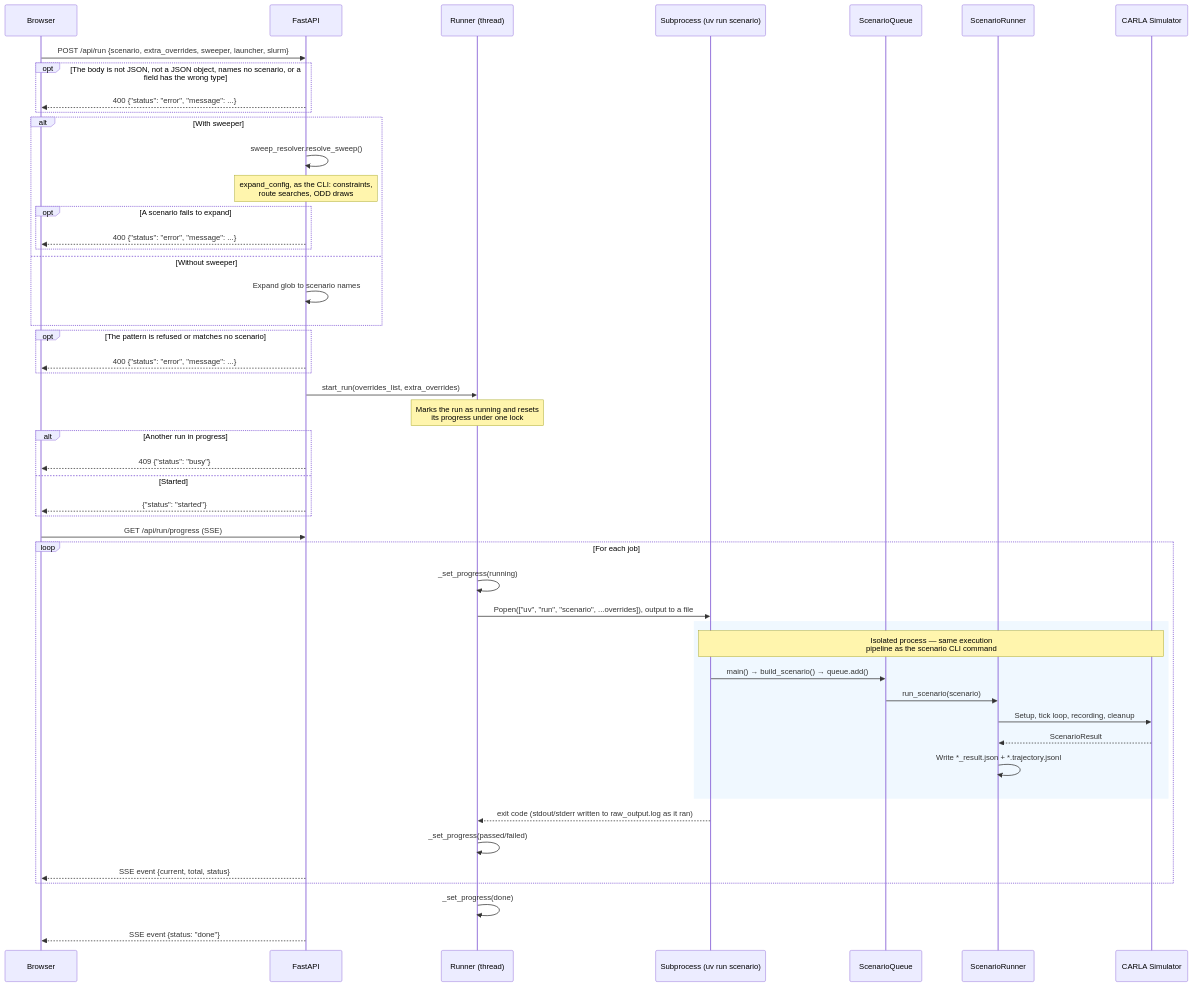
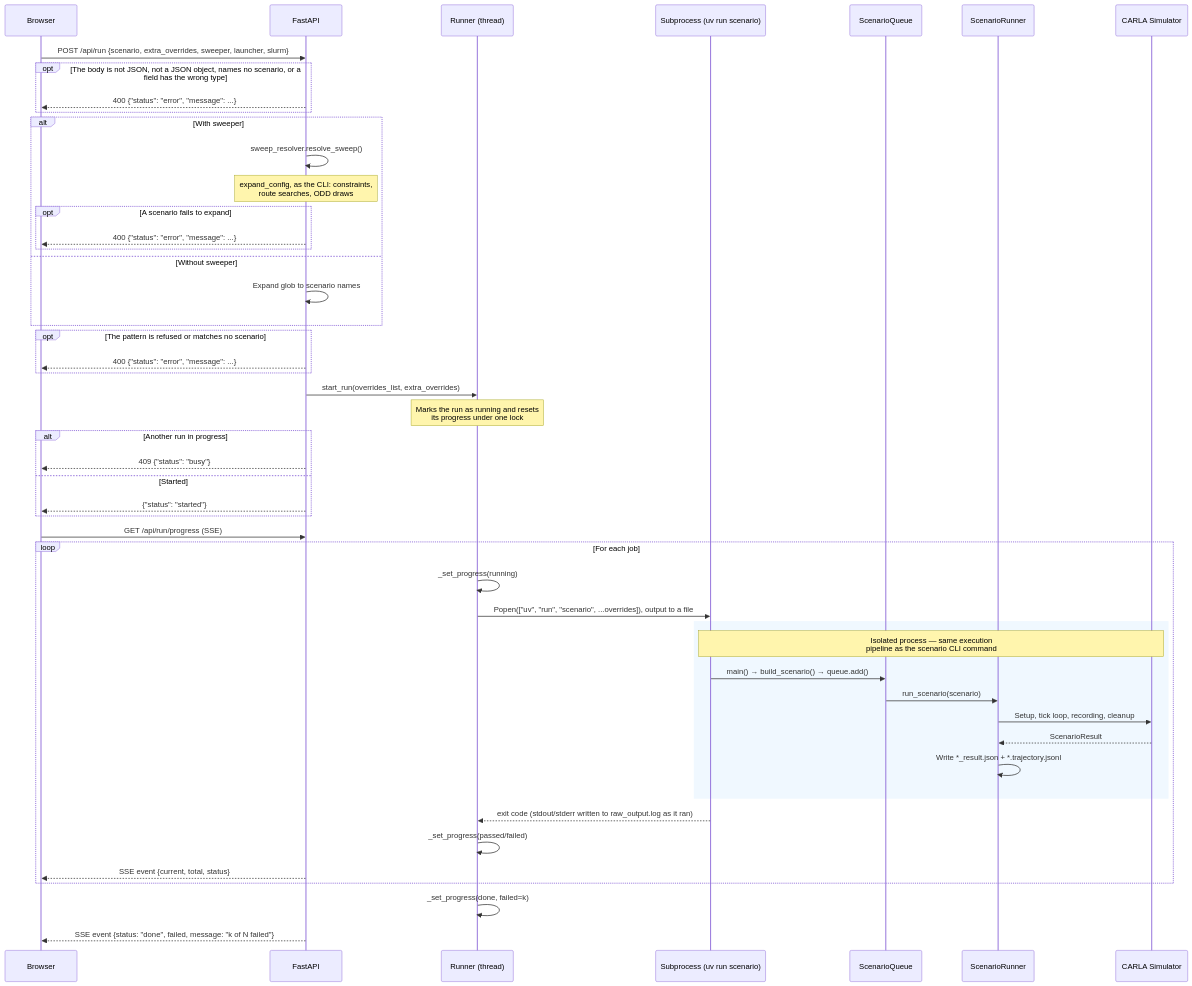
One commit to autowarefoundation/autoware_carla_scenario changed the ninth of 13 diagrams in autoware_carla_scenario/docs/architecture.md. Above: the diagram before and after it, drawn with Mermaid. The commit also changed other lines of this file and 14 other files, not shown here.

First line of the commit message:
fix(ui): a Re-run shows its new result; override lines starting with - refused; done reports failed jobs (#2440)

````diff
--- a/autoware_carla_scenario/docs/architecture.md
+++ b/autoware_carla_scenario/docs/architecture.md
@@ -1148,59 +1148,59 @@
 ```mermaid
 sequenceDiagram
     participant B as Browser
     participant A as FastAPI
     participant R as Runner (thread)
     participant S as Subprocess (uv run scenario)
     participant SQ as ScenarioQueue
     participant SR as ScenarioRunner
     participant C as CARLA Simulator
 
     B->>A: POST /api/run {scenario, extra_overrides, sweeper, launcher, slurm}
     opt The body is not JSON, not a JSON object, names no scenario, or a field has the wrong type
         A-->>B: 400 {"status": "error", "message": ...}
     end
 
     alt With sweeper
         A->>A: sweep_resolver.resolve_sweep()
         Note over A: expand_config, as the CLI: constraints,<br/>route searches, ODD draws
         opt A scenario fails to expand
             A-->>B: 400 {"status": "error", "message": ...}
         end
     else Without sweeper
         A->>A: Expand glob to scenario names
     end
     opt The pattern is refused or matches no scenario
         A-->>B: 400 {"status": "error", "message": ...}
     end
 
     A->>R: start_run(overrides_list, extra_overrides)
     Note over R: Marks the run as running and resets<br/>its progress under one lock
     alt Another run in progress
         A-->>B: 409 {"status": "busy"}
     else Started
         A-->>B: {"status": "started"}
     end
 
     B->>A: GET /api/run/progress (SSE)
 
     loop For each job
         R->>R: _set_progress(running)
         R->>S: Popen(["uv", "run", "scenario", ...overrides]), output to a file
 
         rect rgb(240, 248, 255)
             Note over S,C: Isolated process — same execution<br/>pipeline as the scenario CLI command
             S->>SQ: main() → build_scenario() → queue.add()
             SQ->>SR: run_scenario(scenario)
             SR->>C: Setup, tick loop, recording, cleanup
             C-->>SR: ScenarioResult
             SR->>SR: Write *_result.json + *.trajectory.jsonl
         end
 
         S-->>R: exit code (stdout/stderr written to raw_output.log as it ran)
         R->>R: _set_progress(passed/failed)
         A-->>B: SSE event {current, total, status}
     end
 
-    R->>R: _set_progress(done)
-    A-->>B: SSE event {status: "done"}
+    R->>R: _set_progress(done, failed=k)
+    A-->>B: SSE event {status: "done", failed, message: "k of N failed"}
 ```
````
